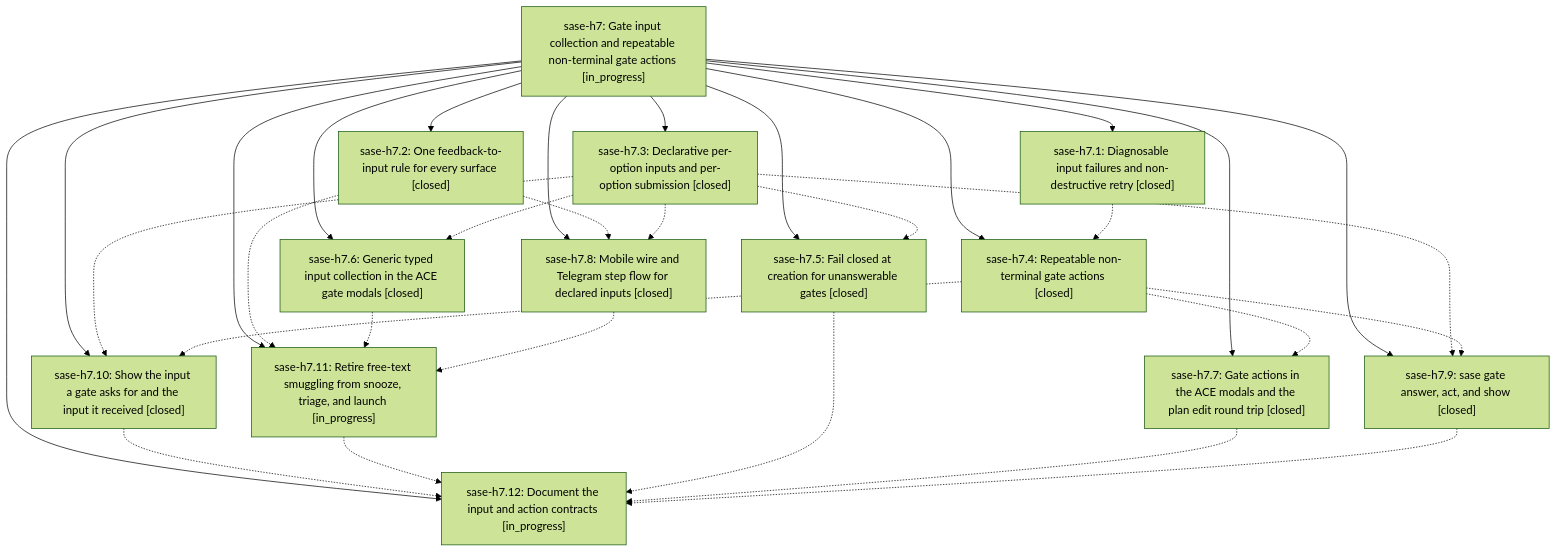
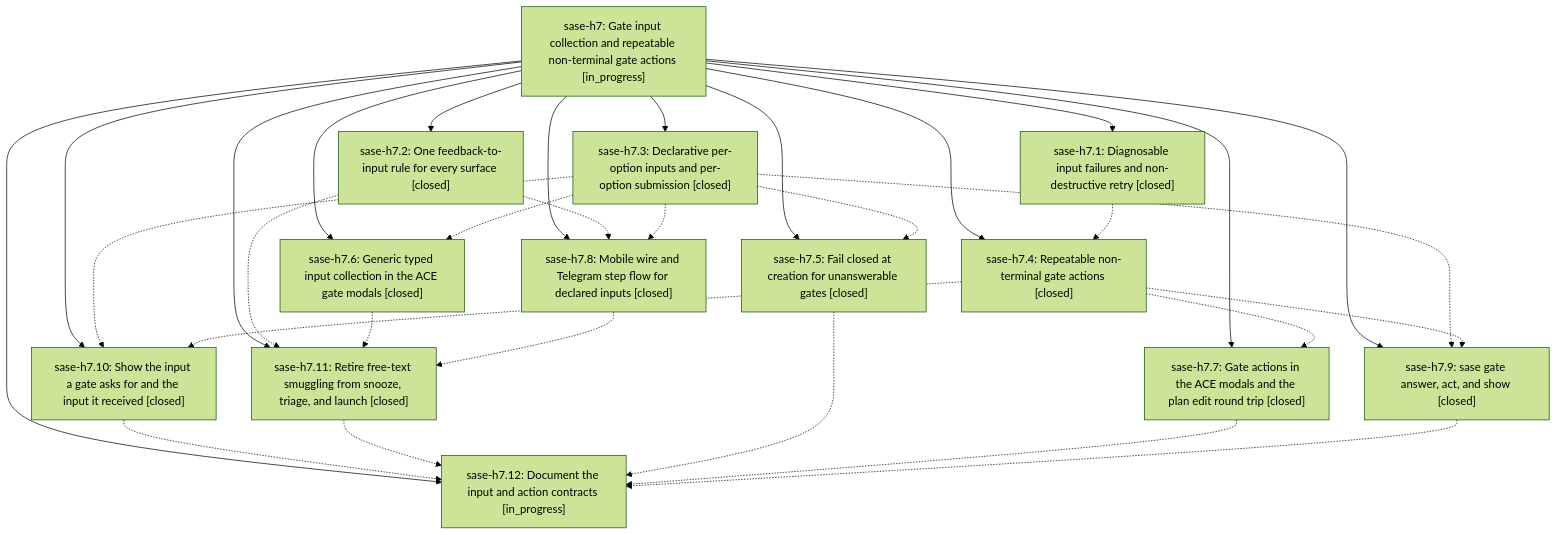
The diagram in pages/sase-h7/README.md (sase-org/sase--beads), drawn with Mermaid (forest theme) before and after one commit. The commit also changed other lines of this file and 5 other files, not shown here.

````diff
--- a/pages/sase-h7/README.md
+++ b/pages/sase-h7/README.md
@@ -56,46 +56,46 @@
 ```mermaid
 flowchart TD
     n0["sase-h7: Gate input collection and repeatable non-terminal gate actions [in_progress]"]
     n1["sase-h7.1: Diagnosable input failures and non-destructive retry [closed]"]
     n2["sase-h7.10: Show the input a gate asks for and the input it received [closed]"]
-    n3["sase-h7.11: Retire free-text smuggling from snooze, triage, and launch [in_progress]"]
+    n3["sase-h7.11: Retire free-text smuggling from snooze, triage, and launch [closed]"]
     n4["sase-h7.12: Document the input and action contracts [in_progress]"]
     n5["sase-h7.2: One feedback-to-input rule for every surface [closed]"]
     n6["sase-h7.3: Declarative per-option inputs and per-option submission [closed]"]
     n7["sase-h7.4: Repeatable non-terminal gate actions [closed]"]
     n8["sase-h7.5: Fail closed at creation for unanswerable gates [closed]"]
     n9["sase-h7.6: Generic typed input collection in the ACE gate modals [closed]"]
     n10["sase-h7.7: Gate actions in the ACE modals and the plan edit round trip [closed]"]
     n11["sase-h7.8: Mobile wire and Telegram step flow for declared inputs [closed]"]
     n12["sase-h7.9: sase gate answer, act, and show [closed]"]
     n0 --> n1
     n0 --> n2
     n0 --> n3
     n0 --> n4
     n0 --> n5
     n0 --> n6
     n0 --> n7
     n0 --> n8
     n0 --> n9
     n0 --> n10
     n0 --> n11
     n0 --> n12
     n1 -.-> n7
     n2 -.-> n4
     n3 -.-> n4
     n5 -.-> n3
     n5 -.-> n11
     n6 -.-> n2
     n6 -.-> n8
     n6 -.-> n9
     n6 -.-> n11
     n6 -.-> n12
     n7 -.-> n2
     n7 -.-> n10
     n7 -.-> n12
     n8 -.-> n4
     n9 -.-> n3
     n10 -.-> n4
     n11 -.-> n3
     n12 -.-> n4
 ```
````
